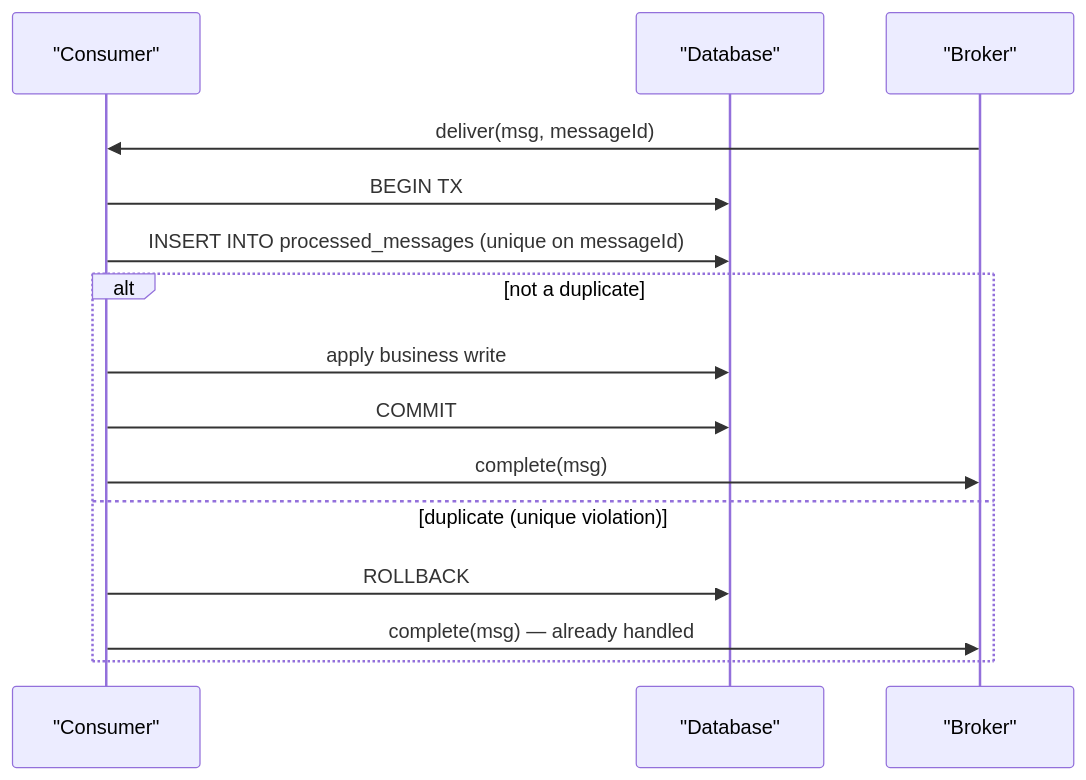
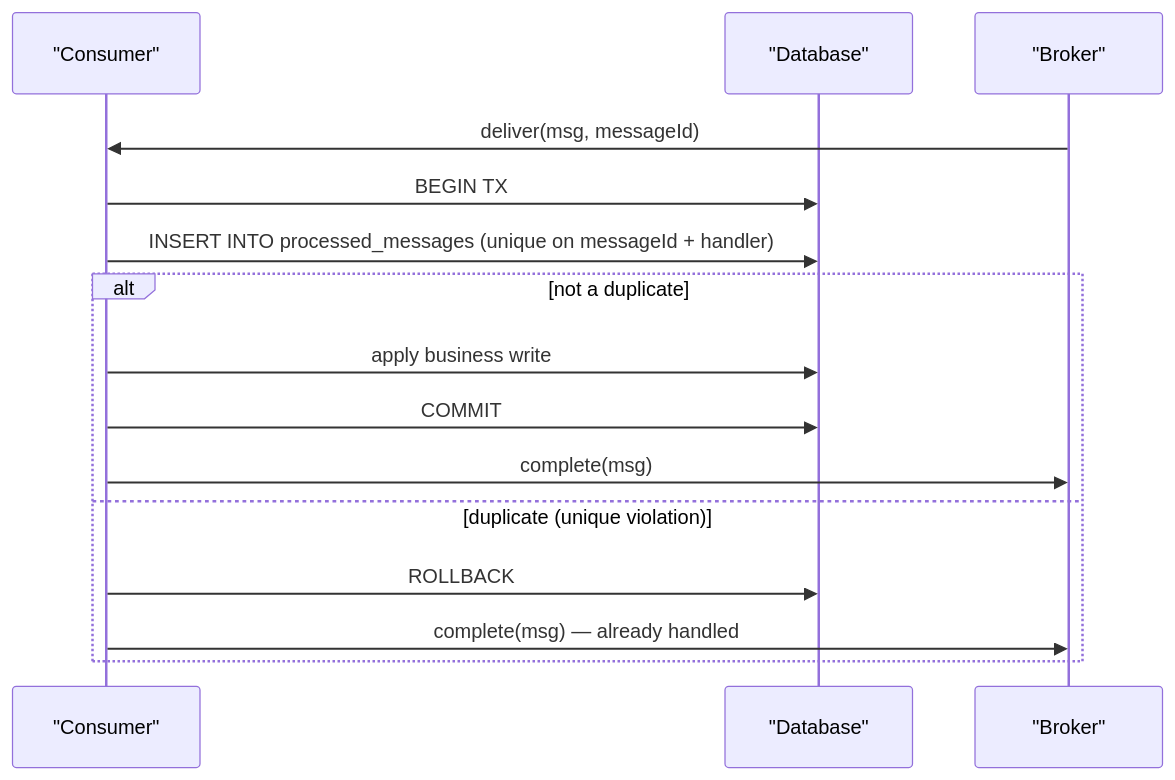
Before and after one commit to ft-abhishekgupta/interview-prep-suite: the second of 2 diagrams in src/content/messaging/02-building-reliable-consumers/01-idempotency-and-deduplication.md, drawn with Mermaid. The commit also changed other lines of this file and 307 other files, not shown here.

````diff
--- a/src/content/messaging/02-building-reliable-consumers/01-idempotency-and-deduplication.md
+++ b/src/content/messaging/02-building-reliable-consumers/01-idempotency-and-deduplication.md
@@ -115,17 +122,17 @@
 ```mermaid
 sequenceDiagram
     participant C as "Consumer"
     participant DB as "Database"
     participant B as "Broker"
     B->>C: deliver(msg, messageId)
     C->>DB: BEGIN TX
-    C->>DB: INSERT INTO processed_messages (unique on messageId)
+    C->>DB: INSERT INTO processed_messages (unique on messageId + handler)
     alt not a duplicate
         C->>DB: apply business write
         C->>DB: COMMIT
         C->>B: complete(msg)
     else duplicate (unique violation)
         C->>DB: ROLLBACK
         C->>B: complete(msg) — already handled
     end
 ```
````
